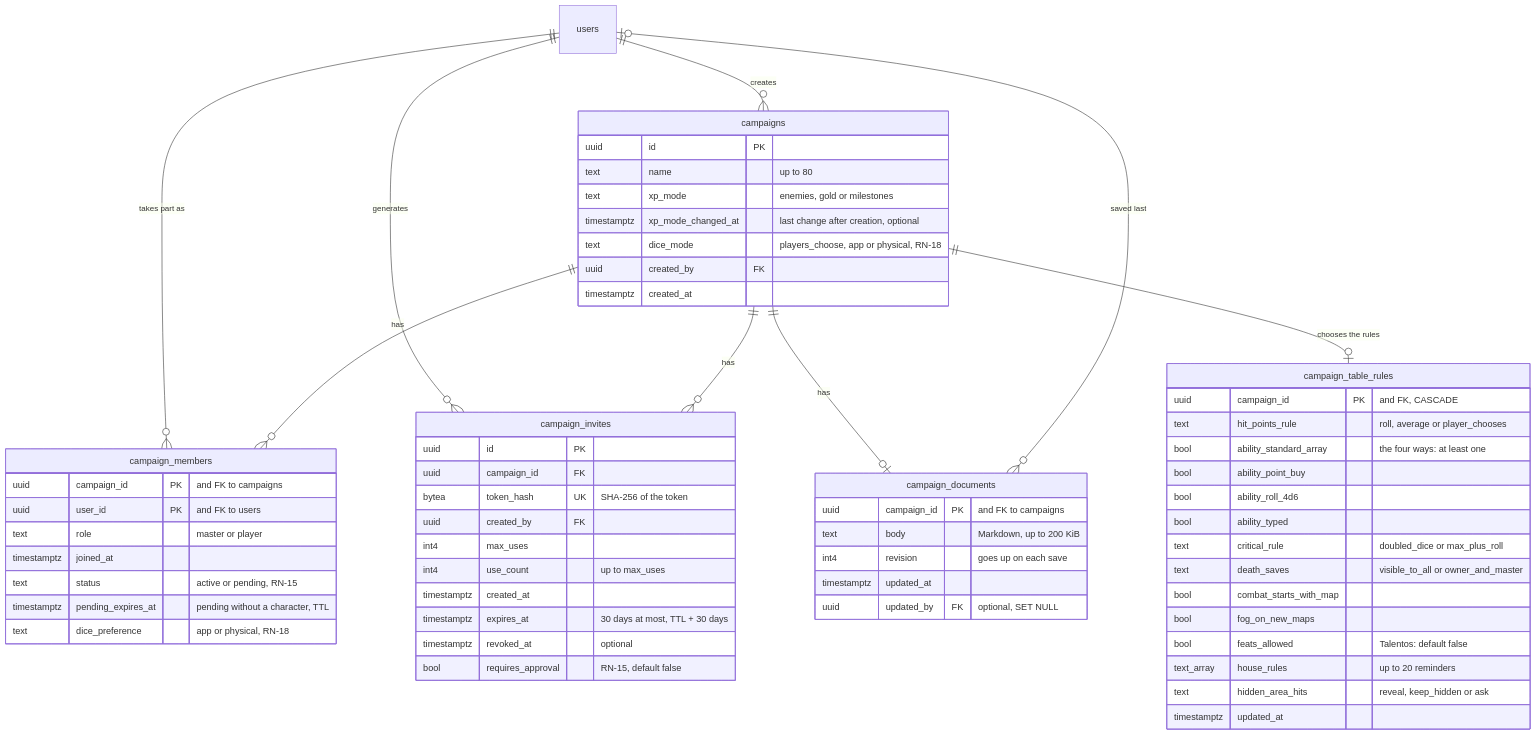
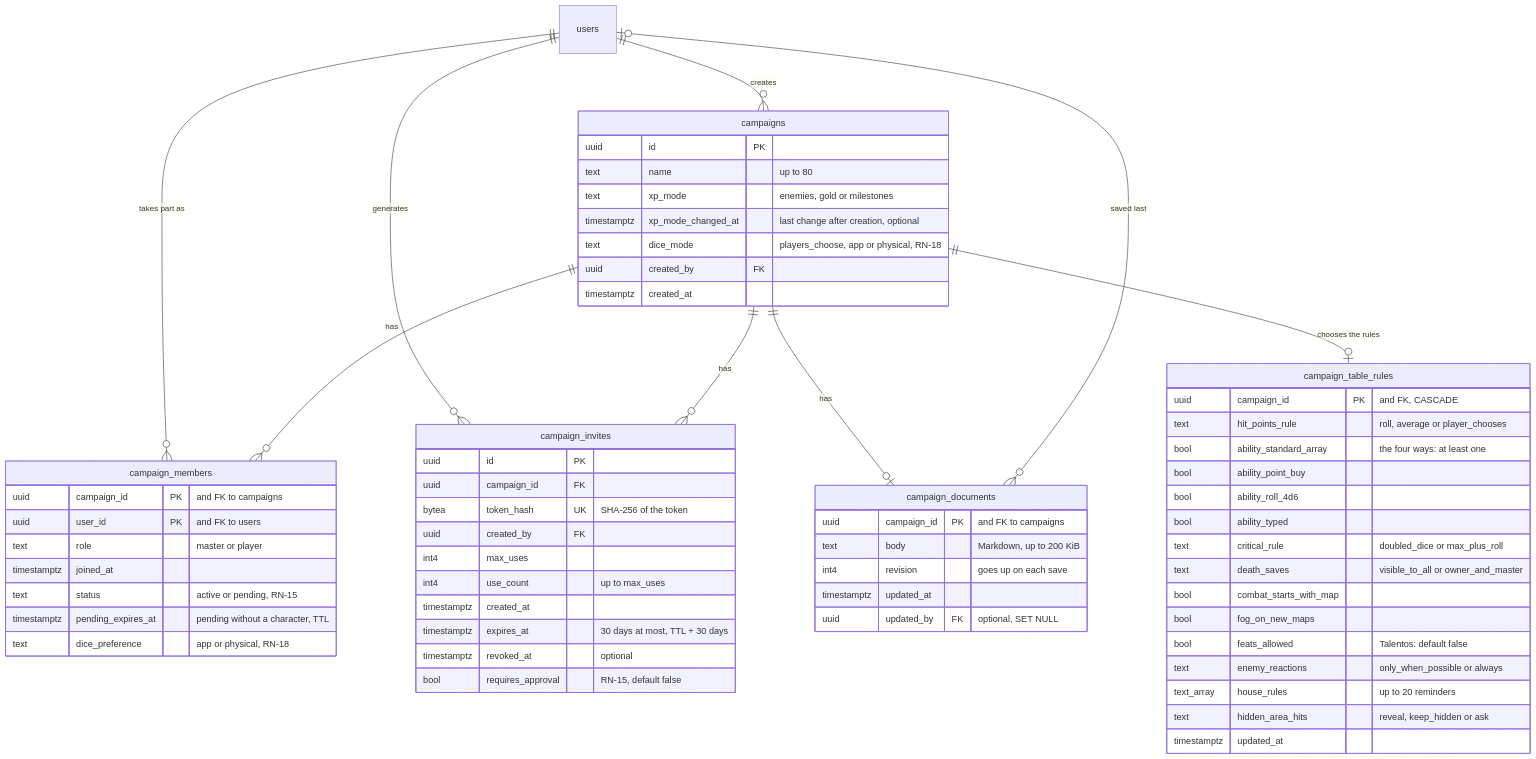
Before and after one commit to PuraFome/meuRPG: the third of 7 diagrams in docs/data.md, drawn with Mermaid. The commit also changed other lines of this file and 153 other files, not shown here.

````diff
--- a/docs/data.md
+++ b/docs/data.md
@@ -188,69 +188,70 @@
 ```mermaid
 erDiagram
     campaigns {
         uuid id PK
         text name "up to 80"
         text xp_mode "enemies, gold or milestones"
         timestamptz xp_mode_changed_at "last change after creation, optional"
         text dice_mode "players_choose, app or physical, RN-18"
         uuid created_by FK
         timestamptz created_at
     }
 
     campaign_members {
         uuid campaign_id PK "and FK to campaigns"
         uuid user_id PK "and FK to users"
         text role "master or player"
         timestamptz joined_at
         text status "active or pending, RN-15"
         timestamptz pending_expires_at "pending without a character, TTL"
         text dice_preference "app or physical, RN-18"
     }
 
     campaign_invites {
         uuid id PK
         uuid campaign_id FK
         bytea token_hash UK "SHA-256 of the token"
         uuid created_by FK
         int4 max_uses
         int4 use_count "up to max_uses"
         timestamptz created_at
         timestamptz expires_at "30 days at most, TTL + 30 days"
         timestamptz revoked_at "optional"
         bool requires_approval "RN-15, default false"
     }
 
     campaign_documents {
         uuid campaign_id PK "and FK to campaigns"
         text body "Markdown, up to 200 KiB"
         int4 revision "goes up on each save"
         timestamptz updated_at
         uuid updated_by FK "optional, SET NULL"
     }
 
     campaign_table_rules {
         uuid campaign_id PK "and FK, CASCADE"
         text hit_points_rule "roll, average or player_chooses"
         bool ability_standard_array "the four ways: at least one"
         bool ability_point_buy
         bool ability_roll_4d6
         bool ability_typed
         text critical_rule "doubled_dice or max_plus_roll"
         text death_saves "visible_to_all or owner_and_master"
         bool combat_starts_with_map
         bool fog_on_new_maps
         bool feats_allowed "Talentos: default false"
+        text enemy_reactions "only_when_possible or always"
         text_array house_rules "up to 20 reminders"
         text hidden_area_hits "reveal, keep_hidden or ask"
         timestamptz updated_at
     }
 
     users ||--o{ campaigns : "creates"
     users ||--o{ campaign_members : "takes part as"
     users ||--o{ campaign_invites : "generates"
     campaigns ||--o{ campaign_members : "has"
     campaigns ||--o{ campaign_invites : "has"
     campaigns ||--o| campaign_documents : "has"
     users |o--o{ campaign_documents : "saved last"
     campaigns ||--o| campaign_table_rules : "chooses the rules"
 ```
````
